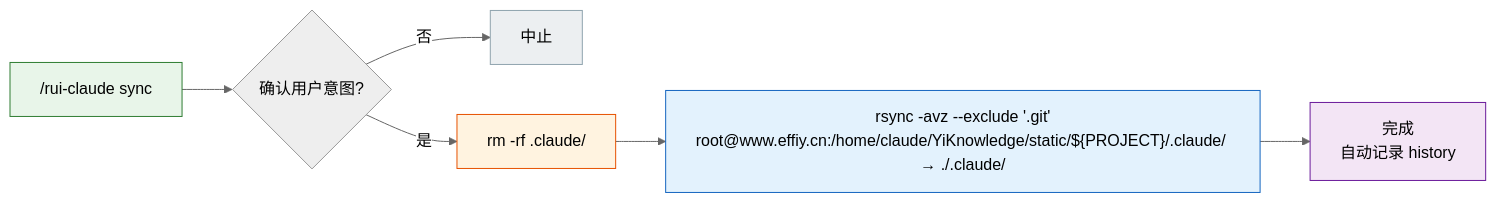
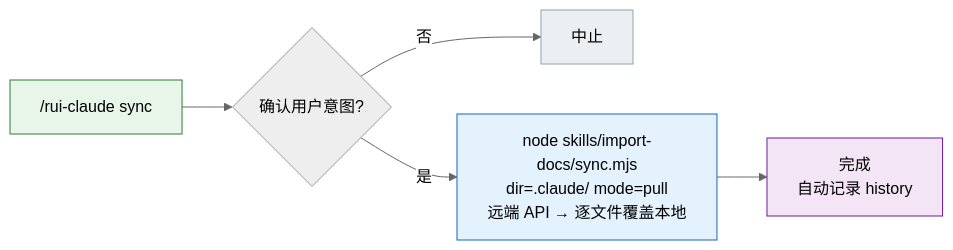
Before and after one commit to effiy/YrY: the third of 8 diagrams in skills/rui-claude/SKILL.md, drawn with Mermaid (neutral theme). The commit also changed other lines of this file and 25 other files, not shown here.

````diff
--- a/skills/rui-claude/SKILL.md
+++ b/skills/rui-claude/SKILL.md
@@ -65,14 +65,12 @@
 ```mermaid
 flowchart LR
     TRIGGER["/rui-claude sync"]:::src --> CHECK{"确认用户意图?"}
     CHECK -->|"否"| ABORT["中止"]:::abort
-    CHECK -->|"是"| WIPE["rm -rf .claude/"]:::warn
-    WIPE --> RSYNC["rsync -avz --exclude '.git'<br/>root@www.effiy.cn:/home/claude/YiKnowledge/static/${PROJECT}/.claude/ → ./.claude/"]:::op
-    RSYNC --> DONE["完成<br/>自动记录 history"]:::done
+    CHECK -->|"是"| PULL["node skills/import-docs/sync.mjs<br/>dir=.claude/ mode=pull<br/>远端 API → 逐文件覆盖本地"]:::op
+    PULL --> DONE["完成<br/>自动记录 history"]:::done
 
     classDef src fill:#e8f5e9,stroke:#2e7d32;
     classDef abort fill:#eceff1,stroke:#90a4ae;
-    classDef warn fill:#fff3e0,stroke:#e65100;
     classDef op fill:#e3f2fd,stroke:#1565c0;
     classDef done fill:#f3e5f5,stroke:#6a1b9a;
 ```
````
